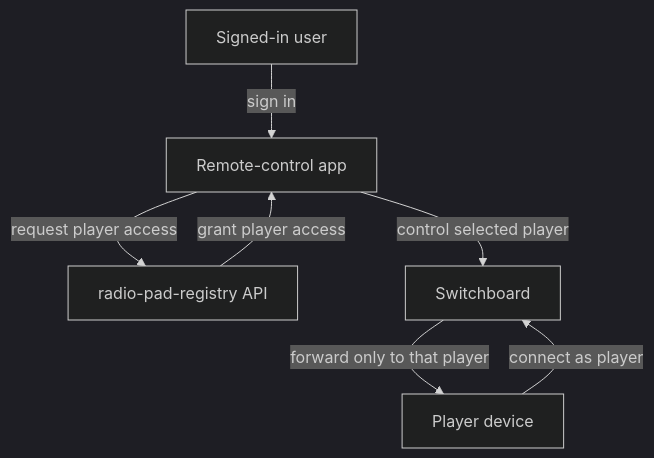
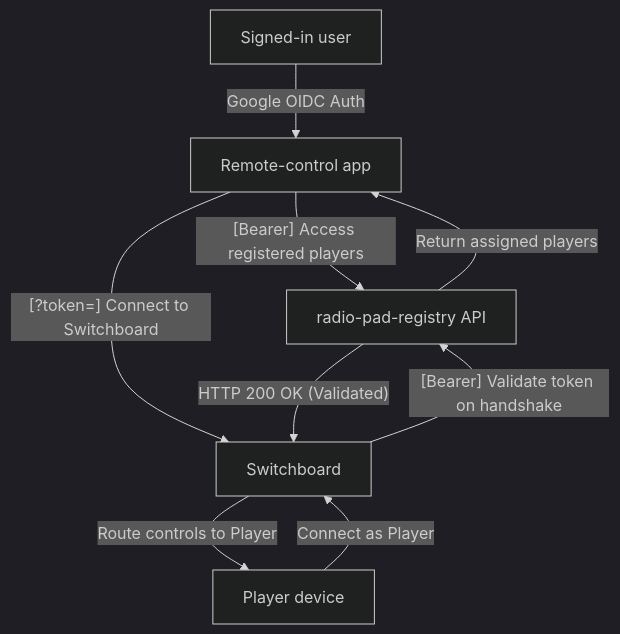
Before and after one commit to briceburg/radio-pad: the second of 2 diagrams in README.md, drawn with Mermaid (dark theme). The commit also changed other lines of this file, not shown here.

Commit message:
docs: Update architecture diagram term and improve formatting

````diff
--- a/README.md
+++ b/README.md
@@ -71,15 +71,17 @@
 ```mermaid
 flowchart TD
-    Human["Signed-in user"]
+    User["Signed-in user"]
     Remote["Remote-control app"]
     Registry["radio-pad-registry API"]
     Switchboard["Switchboard"]
     Player["Player device"]
 
-    Human -->|"sign in"| Remote
-    Remote -->|"request player access"| Registry
-    Registry -->|"grant player access"| Remote
-    Remote -->|"control selected player"| Switchboard
-    Player -->|"connect as player"| Switchboard
-    Switchboard -->|"forward only to that player"| Player
+    User -- "Google OIDC Auth" --> Remote
+    Remote -- "[Bearer] Access registered players" --> Registry
+    Registry -- "Return assigned players" --> Remote
+    Remote -- "[?token=] Connect to Switchboard" --> Switchboard
+    Switchboard -- "[Bearer] Validate token on handshake" --> Registry
+    Registry -- "HTTP 200 OK (Validated)" --> Switchboard
+    Player -- "Connect as Player" --> Switchboard
+    Switchboard -- "Route controls to Player" --> Player
 ```
````
